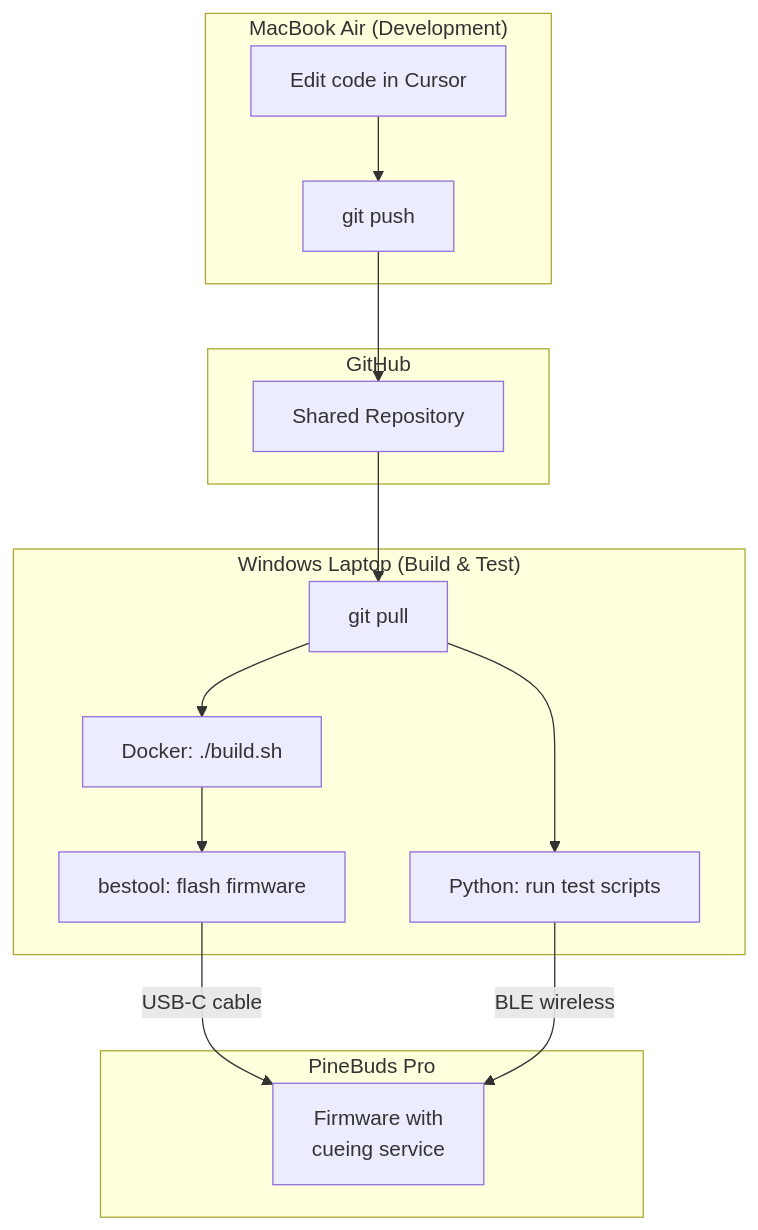
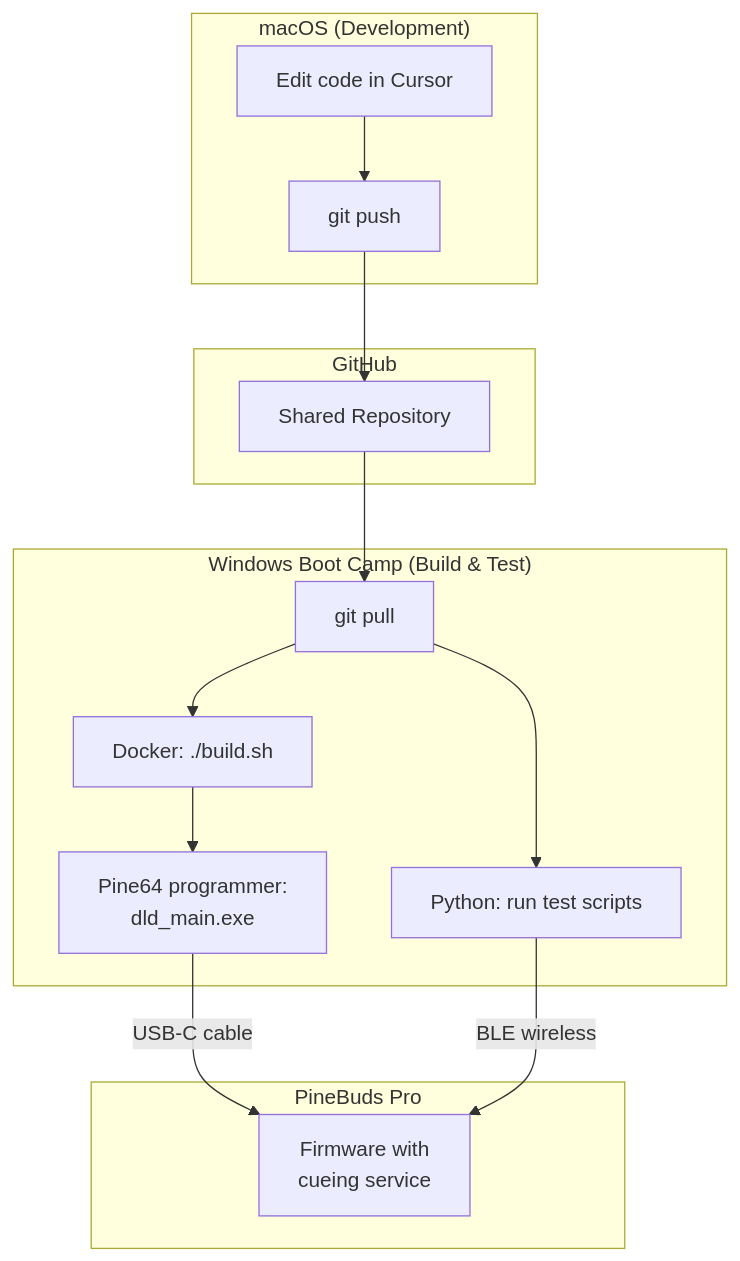
One commit to hugohabthroxy/OpenPineBuds changed the second of 2 diagrams in host/CHANGES_EXPLAINED.md. Above: the diagram before and after it, drawn with Mermaid. The commit also changed other lines of this file and 2 other files, not shown here.

````diff
--- a/host/CHANGES_EXPLAINED.md
+++ b/host/CHANGES_EXPLAINED.md
@@ -152,27 +239,27 @@
 ```mermaid
 flowchart TD
-    subgraph mac ["MacBook Air (Development)"]
+    subgraph mac ["macOS (Development)"]
         Edit["Edit code in Cursor"]
         Push["git push"]
         Edit --> Push
     end
     subgraph github ["GitHub"]
         Repo["Shared Repository"]
     end
-    subgraph win ["Windows Laptop (Build & Test)"]
+    subgraph win ["Windows Boot Camp (Build & Test)"]
         Pull["git pull"]
         Build["Docker: ./build.sh"]
-        Flash["bestool: flash firmware"]
+        Flash["Pine64 programmer:\ndld_main.exe"]
         Test["Python: run test scripts"]
         Pull --> Build
         Build --> Flash
         Pull --> Test
     end
     Push --> Repo
     Repo --> Pull
     subgraph buds ["PineBuds Pro"]
         FW["Firmware with\ncueing service"]
     end
     Flash -->|"USB-C cable"| FW
     Test -->|"BLE wireless"| FW
 ```
````
